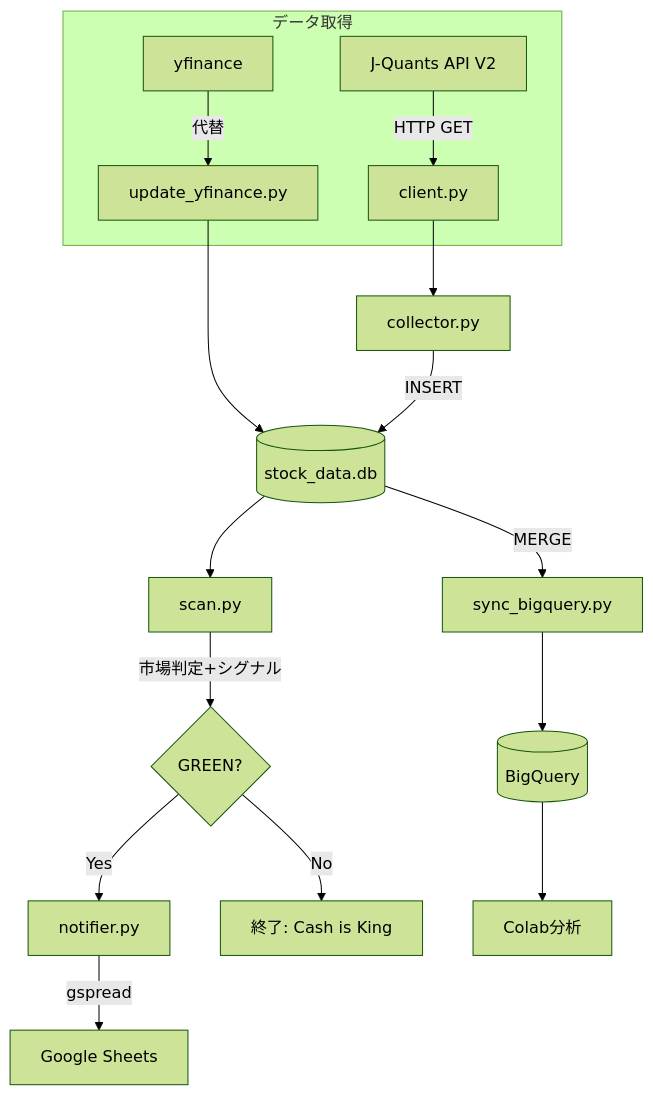
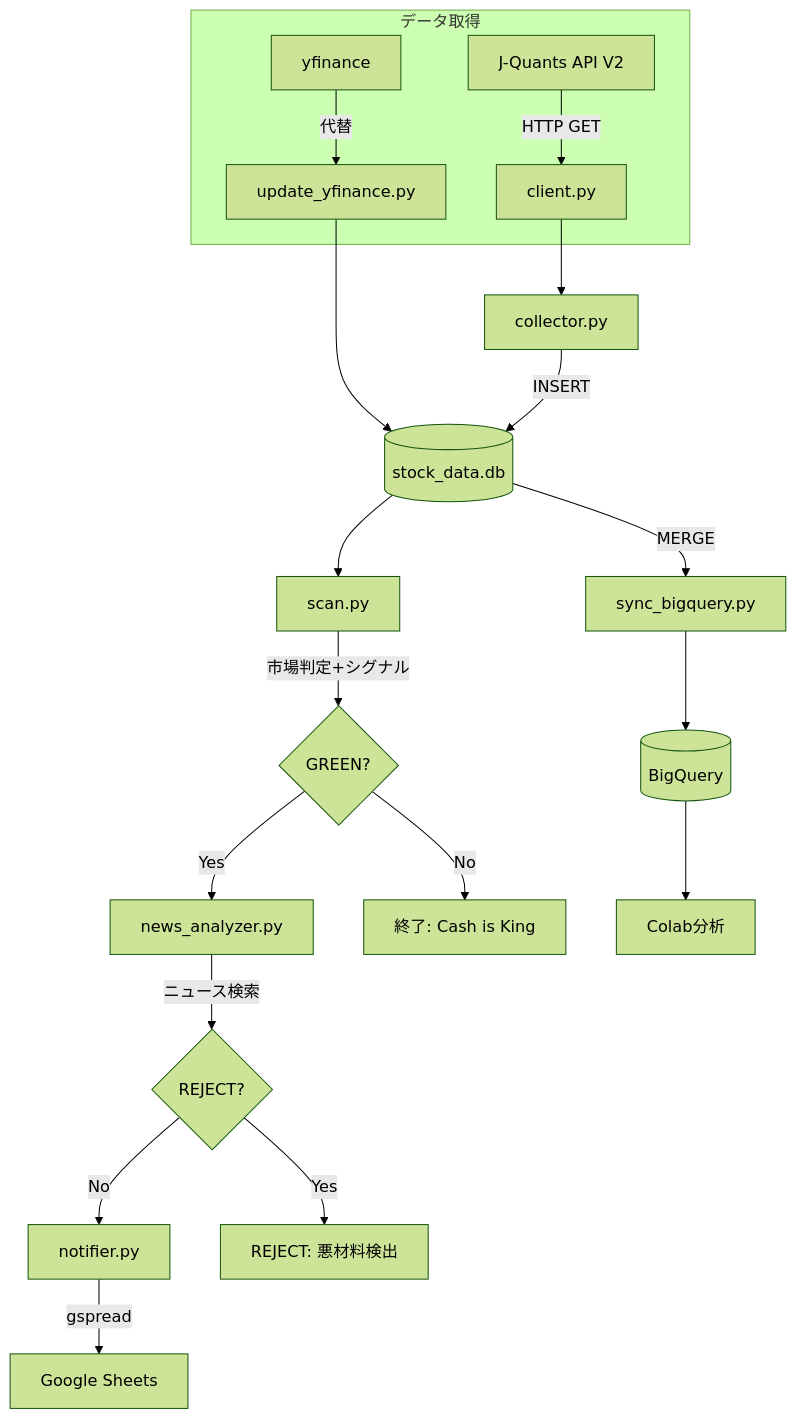
One commit to yke-t/jquants-stock-collector changed the first of 3 diagrams in docs/ARCHITECTURE.md. Above: the diagram before and after it, drawn with Mermaid (forest theme). The commit also changed other lines of this file, not shown here.

Commit message:
Update ARCHITECTURE.md: add Phase 5 news analyzer documentation

````diff
--- a/docs/ARCHITECTURE.md
+++ b/docs/ARCHITECTURE.md
@@ -44,21 +42,24 @@
 ```mermaid
 graph TD
     subgraph データ取得
         A1[J-Quants API V2] -->|HTTP GET| B[client.py]
         A2[yfinance] -->|代替| B2[update_yfinance.py]
     end
     
     B --> C[collector.py]
     B2 --> D
     C -->|INSERT| D[(stock_data.db)]
     
     D --> E[scan.py]
     E -->|市場判定+シグナル| F{GREEN?}
-    F -->|Yes| G[notifier.py]
-    G -->|gspread| H[Google Sheets]
-    F -->|No| I[終了: Cash is King]
+    F -->|Yes| G[news_analyzer.py]
+    G -->|ニュース検索| H{REJECT?}
+    H -->|No| I[notifier.py]
+    I -->|gspread| J[Google Sheets]
+    H -->|Yes| K[REJECT: 悪材料検出]
+    F -->|No| L[終了: Cash is King]
     
-    D -->|MERGE| J[sync_bigquery.py]
-    J --> K[(BigQuery)]
-    K --> L[Colab分析]
+    D -->|MERGE| M[sync_bigquery.py]
+    M --> N[(BigQuery)]
+    N --> O[Colab分析]
 ```
````
